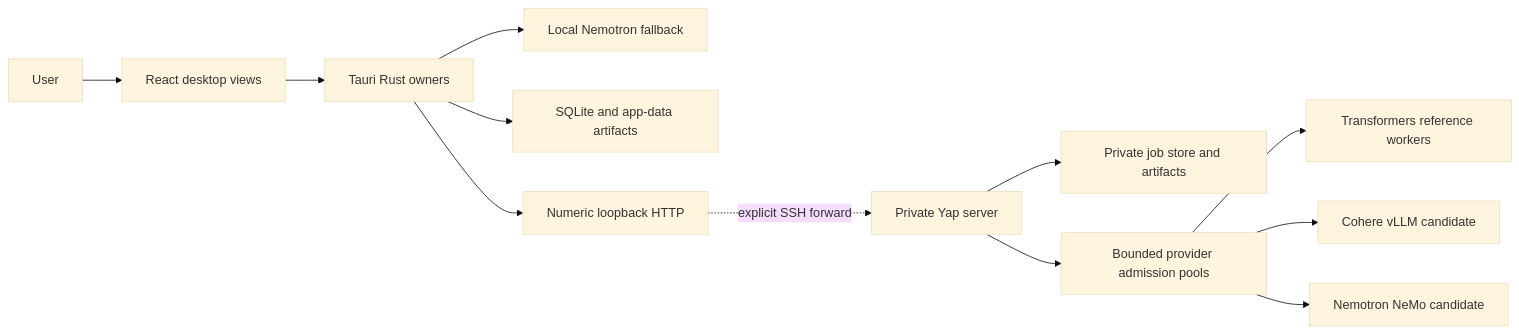
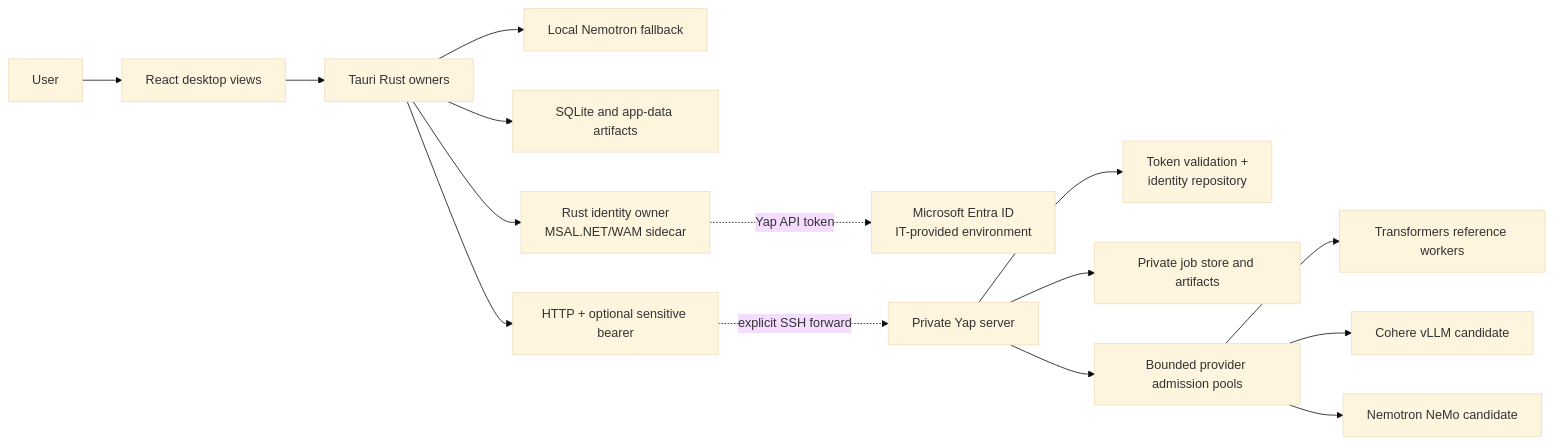
One commit to ZoOtMcNoOt/yap changed the diagram in docs/architecture/CURRENT-ARCHITECTURE.md. Above: the diagram before and after it, drawn with Mermaid (base theme). The commit also changed other lines of this file and 81 other files, not shown here.

Commit message:
feat: bind server jobs to desktop identity

````diff
--- a/docs/architecture/CURRENT-ARCHITECTURE.md
+++ b/docs/architecture/CURRENT-ARCHITECTURE.md
@@ -28,14 +29,17 @@
 ```mermaid
 flowchart LR
   User["User"] --> UI["React desktop views"]
   UI --> Native["Tauri Rust owners"]
   Native --> Local["Local Nemotron fallback"]
   Native --> DB["SQLite and app-data artifacts"]
-  Native --> Loopback["Numeric loopback HTTP"]
+  Native --> Identity["Rust identity owner\nMSAL.NET/WAM sidecar"]
+  Identity -. "Yap API token" .-> Entra["Microsoft Entra ID\nIT-provided environment"]
+  Native --> Loopback["HTTP + optional sensitive bearer"]
   Loopback -. "explicit SSH forward" .-> Server["Private Yap server"]
+  Server --> Auth["Token validation +\nidentity repository"]
   Server --> Store["Private job store and artifacts"]
   Server --> Pool["Bounded provider admission pools"]
   Pool --> Reference["Transformers reference workers"]
   Pool --> Cohere["Cohere vLLM candidate"]
   Pool --> NeMo["Nemotron NeMo candidate"]
 ```
````
